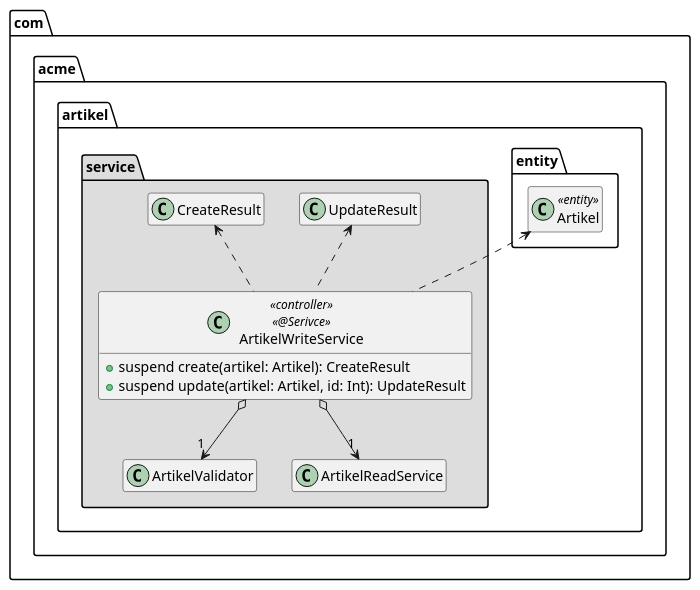
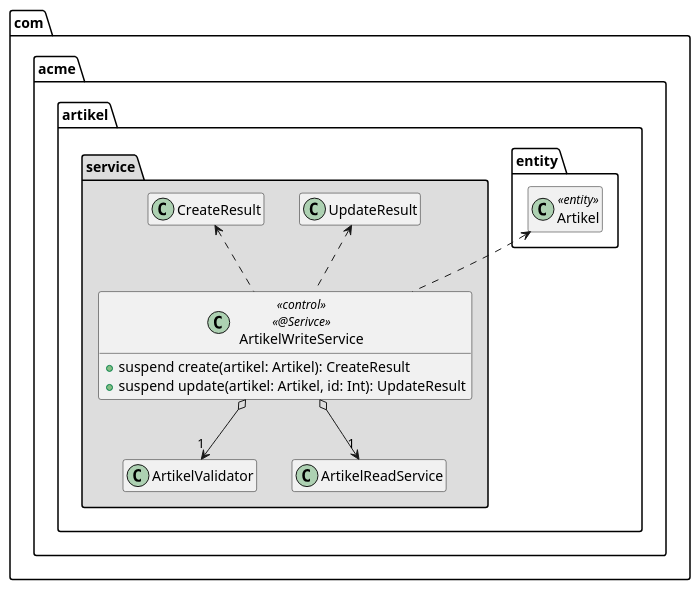
One commit to AlexanderStecknitz/Softwarearchitektur-Springframework changed the diagram in extras/doc/ArtikelWriteService.puml. Above: the diagram before and after it, drawn with PlantUML. The commit also changed 9 other files, not shown here.

```diff
--- a/extras/doc/ArtikelWriteService.puml
+++ b/extras/doc/ArtikelWriteService.puml
@@ -1,31 +1,31 @@
 @startuml ArtikelWriteService
 
 package com.acme.artikel {
 
     package entity {
             class Artikel << entity >>
         }
 
     package service #DDDDDD {
         class ArtikelValidator
         class ArtikelReadService
         class CreateResult
         class UpdateResult
 
-        class ArtikelWriteService << controller >> << @Serivce >> {
+        class ArtikelWriteService << control >> << @Serivce >> {
             + suspend create(artikel: Artikel): CreateResult
             + suspend update(artikel: Artikel, id: Int): UpdateResult
         }
 
         ArtikelWriteService o-down-> "1" ArtikelValidator
         ArtikelWriteService o--> "1" ArtikelReadService
         ArtikelWriteService .up.> Artikel
         ArtikelWriteService .up.> CreateResult
         ArtikelWriteService .up.> UpdateResult
 
     }
 }
 
 hide empty members
 
 @enduml
```
